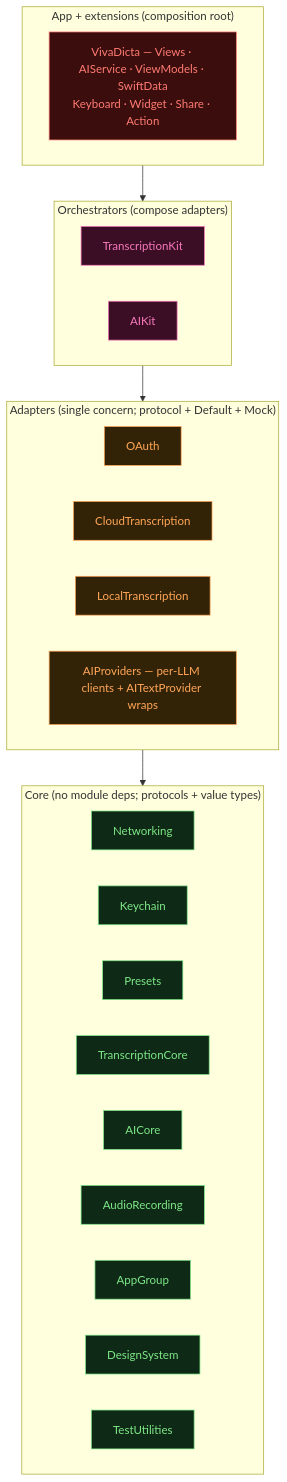
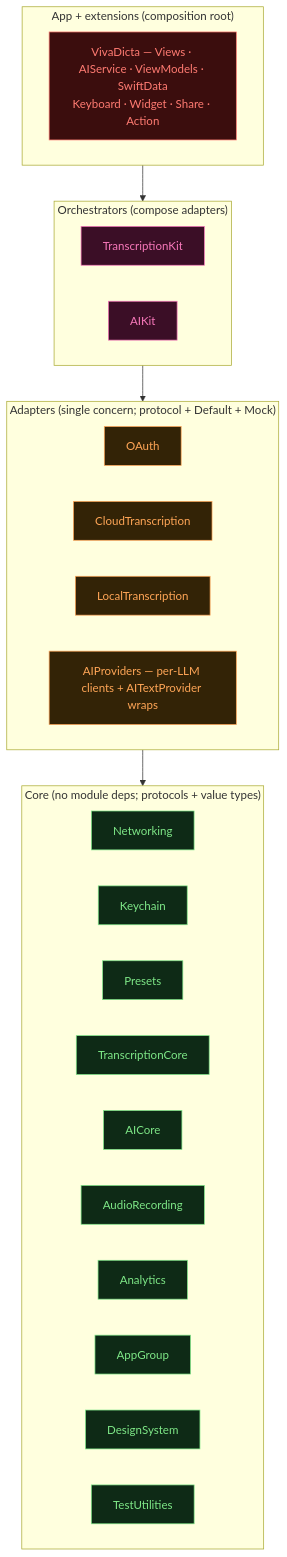
Before and after one commit to n0an/VivaDicta: the first of 4 diagrams in documentation/Module-Architecture.md, drawn with Mermaid. The commit also changed other lines of this file and 1 other file, not shown here.

First line of the commit message:
Docs: add Analytics module to the architecture diagrams + catalogue

````diff
--- a/documentation/Module-Architecture.md
+++ b/documentation/Module-Architecture.md
@@ -18,34 +18,35 @@
 ```mermaid
 flowchart TB
   classDef core fill:#0e2a16,stroke:#7ee787,color:#7ee787
   classDef adapter fill:#332306,stroke:#ffa657,color:#ffa657
   classDef orchestrator fill:#3b0e26,stroke:#f778ba,color:#f778ba
   classDef app fill:#3b0d0d,stroke:#ff7b72,color:#ff7b72
 
   subgraph APP["App + extensions (composition root)"]
     VivaDicta["VivaDicta — Views · AIService · ViewModels · SwiftData<br/>Keyboard · Widget · Share · Action"]:::app
   end
   subgraph ORCH["Orchestrators (compose adapters)"]
     TranscriptionKit:::orchestrator
     AIKit:::orchestrator
   end
   subgraph ADAPT["Adapters (single concern; protocol + Default + Mock)"]
     OAuth:::adapter
     CloudTranscription:::adapter
     LocalTranscription:::adapter
     AIProviders["AIProviders — per-LLM clients + AITextProvider wraps"]:::adapter
   end
   subgraph CORE["Core (no module deps; protocols + value types)"]
     Networking:::core
     Keychain:::core
     Presets:::core
     TranscriptionCore:::core
     AICore:::core
     AudioRecording:::core
+    Analytics:::core
     AppGroup:::core
     DesignSystem:::core
     TestUtilities:::core
   end
 
   APP --> ORCH --> ADAPT --> CORE
 ```
````
